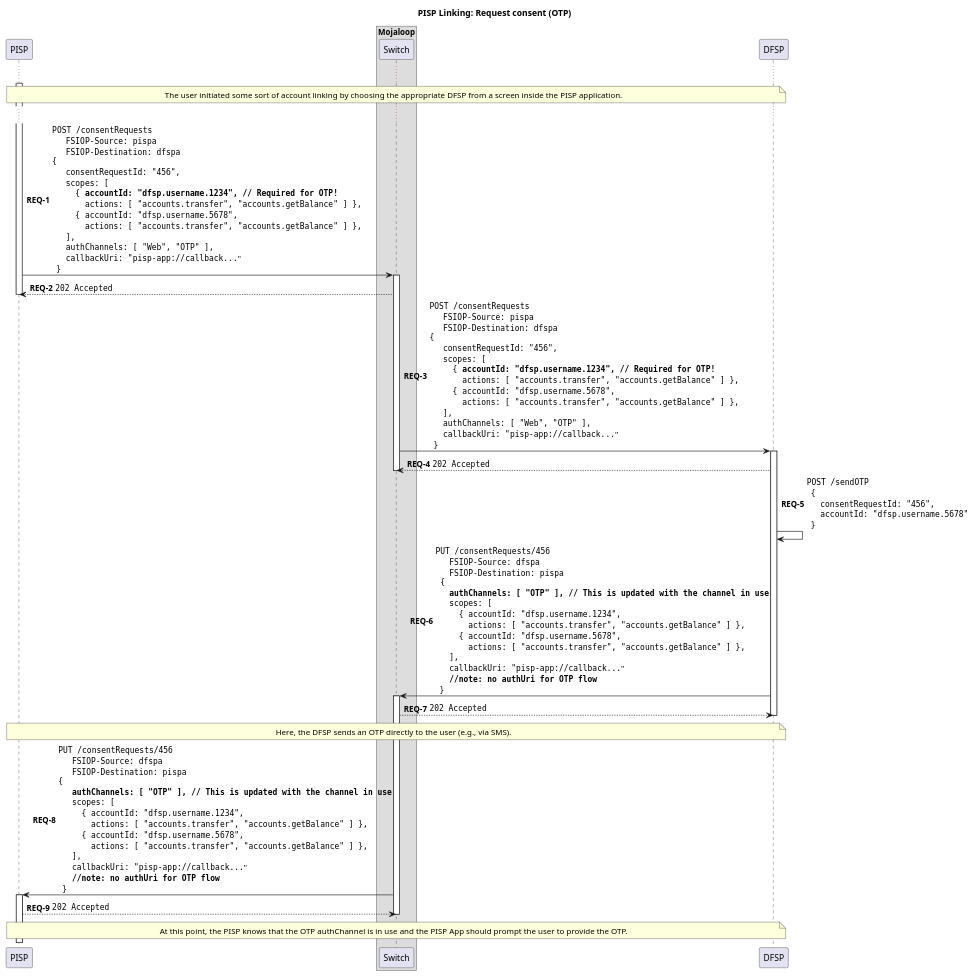
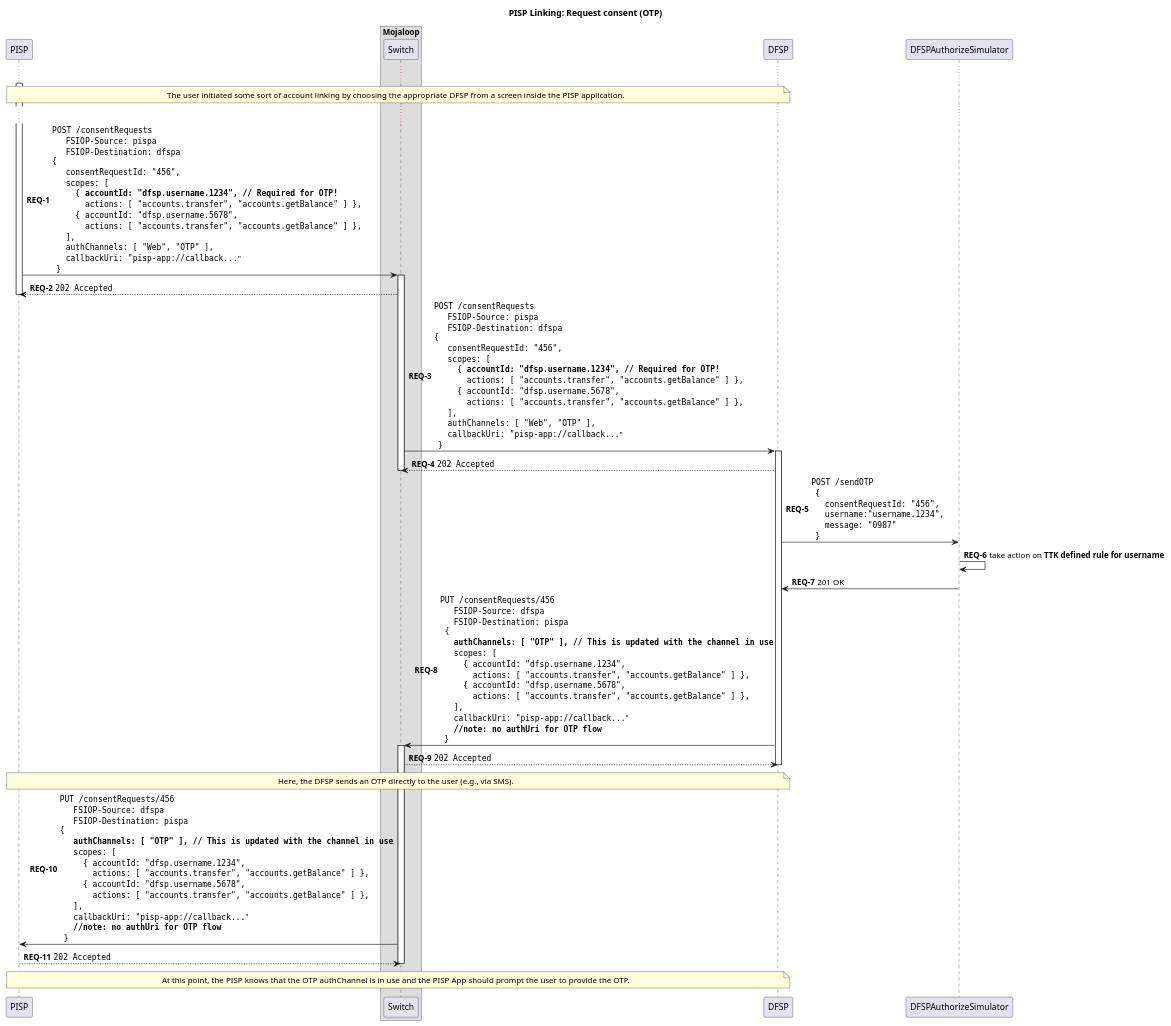
One commit to mojaloop/pisp-project changed the diagram in docs/linking/2-request-consent-otp.puml. Above: the diagram before and after it, drawn with PlantUML. The commit also changed 4 other files, not shown here.

First line of the commit message:
doc: document web flow and add details to otp flow (#110)

```diff
--- a/docs/linking/2-request-consent-otp.puml
+++ b/docs/linking/2-request-consent-otp.puml
@@ -1,108 +1,112 @@
 @startuml
 
 title PISP Linking: Request consent (OTP)
 
 participant "PISP" as PISP
 
 box "Mojaloop"
     participant Switch
 end box
 
 participant DFSP
+participant DFSPAuthorizeSimulator
 
 autonumber 1 "<b>REQ-#</b>"
 
 activate PISP
 
 ...
 
 note over PISP, DFSP
     The user initiated some sort of account linking by choosing the appropriate DFSP from a screen inside the PISP application.
 end note
 
 ...
 
 PISP -> Switch ++: ""POST /consentRequests""\n\
   ""  FSIOP-Source: pispa""\n\
   ""  FSIOP-Destination: dfspa""\n\
 ""{""\n\
   ""  consentRequestId: "456",""\n\
   ""  scopes: [ ""\n\
   ""    { **accountId: "dfsp.username.1234", // Required for OTP!**""\n\
   ""      actions: [ "accounts.transfer", "accounts.getBalance" ] },""\n\
   ""    { accountId: "dfsp.username.5678",""\n\
   ""      actions: [ "accounts.transfer", "accounts.getBalance" ] },""\n\
   ""  ],""\n\
   ""  authChannels: [ "Web", "OTP" ],""\n\
   ""  callbackUri: "pisp-app://callback..."""\n\
   ""}""
 Switch --> PISP: ""202 Accepted""
 deactivate PISP
 
 Switch -> DFSP ++:  ""POST /consentRequests""\n\
   ""  FSIOP-Source: pispa""\n\
   ""  FSIOP-Destination: dfspa""\n\
 ""{""\n\
   ""  consentRequestId: "456",""\n\
   ""  scopes: [ ""\n\
   ""    { **accountId: "dfsp.username.1234", // Required for OTP!**""\n\
   ""      actions: [ "accounts.transfer", "accounts.getBalance" ] },""\n\
   ""    { accountId: "dfsp.username.5678",""\n\
   ""      actions: [ "accounts.transfer", "accounts.getBalance" ] },""\n\
   ""  ],""\n\
   ""  authChannels: [ "Web", "OTP" ],""\n\
   ""  callbackUri: "pisp-app://callback..."""\n\
   ""}""
 DFSP --> Switch: ""202 Accepted""
 deactivate Switch
 
-DFSP -> DFSP : ""POST /sendOTP""\n\
+DFSP -> DFSPAuthorizeSimulator : ""POST /sendOTP""\n\
   ""{""\n\
   ""  consentRequestId: "456",""\n\
-  ""  accountId: "dfsp.username.5678" ""\n\
+  ""  username:"username.1234", ""\n\
+  ""  message: "0987" ""\n\
   ""}""
 
+DFSPAuthorizeSimulator -> DFSPAuthorizeSimulator: take action on **TTK defined rule for username**
+DFSPAuthorizeSimulator -> DFSP: 201 OK
 DFSP -> Switch ++: ""PUT /consentRequests/456""\n\
   ""  FSIOP-Source: dfspa""\n\
   ""  FSIOP-Destination: pispa""\n\
 "" {""\n\
   ""  **authChannels: [ "OTP" ], // This is updated with the channel in use**""\n\
   ""  scopes: [ ""\n\
   ""    { accountId: "dfsp.username.1234",""\n\
   ""      actions: [ "accounts.transfer", "accounts.getBalance" ] },""\n\
   ""    { accountId: "dfsp.username.5678",""\n\
   ""      actions: [ "accounts.transfer", "accounts.getBalance" ] },""\n\
   ""  ],""\n\
   ""  callbackUri: "pisp-app://callback..."""\n\
   ""  **//note: no authUri for OTP flow**""\n\
   ""}""
 Switch --> DFSP: ""202 Accepted""
 
 note over PISP, DFSP
   Here, the DFSP sends an OTP directly to the user (e.g., via SMS).
 end note
 
 deactivate DFSP
 
-Switch -> PISP ++: ""PUT /consentRequests/456""\n\
+Switch -> PISP: ""PUT /consentRequests/456""\n\
   ""  FSIOP-Source: dfspa""\n\
   ""  FSIOP-Destination: pispa""\n\
 ""{""\n\
   ""  **authChannels: [ "OTP" ], // This is updated with the channel in use**""\n\
   ""  scopes: [ ""\n\
   ""    { accountId: "dfsp.username.1234",""\n\
   ""      actions: [ "accounts.transfer", "accounts.getBalance" ] },""\n\
   ""    { accountId: "dfsp.username.5678",""\n\
   ""      actions: [ "accounts.transfer", "accounts.getBalance" ] },""\n\
   ""  ],""\n\
   ""  callbackUri: "pisp-app://callback..."""\n\
   ""  **//note: no authUri for OTP flow**""\n\
   ""}""
 PISP --> Switch: ""202 Accepted""
 deactivate Switch
 
 note over PISP, DFSP
   At this point, the PISP knows that the OTP authChannel is in use and the PISP App should prompt the user to provide the OTP.
 end note
 
 @enduml
```
